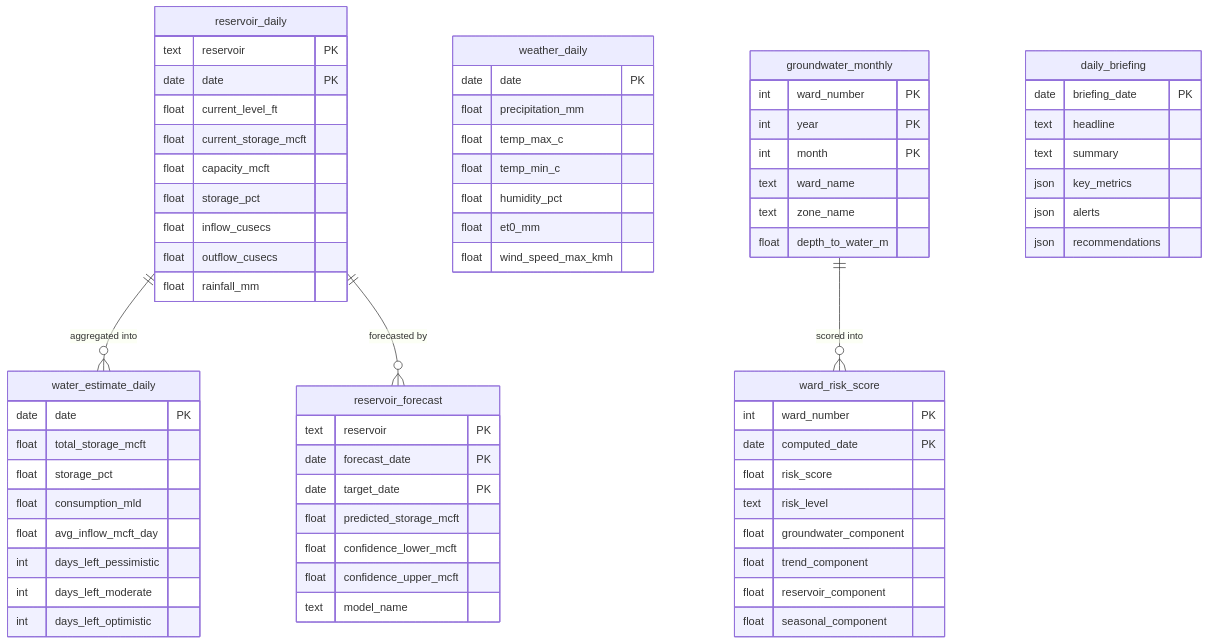
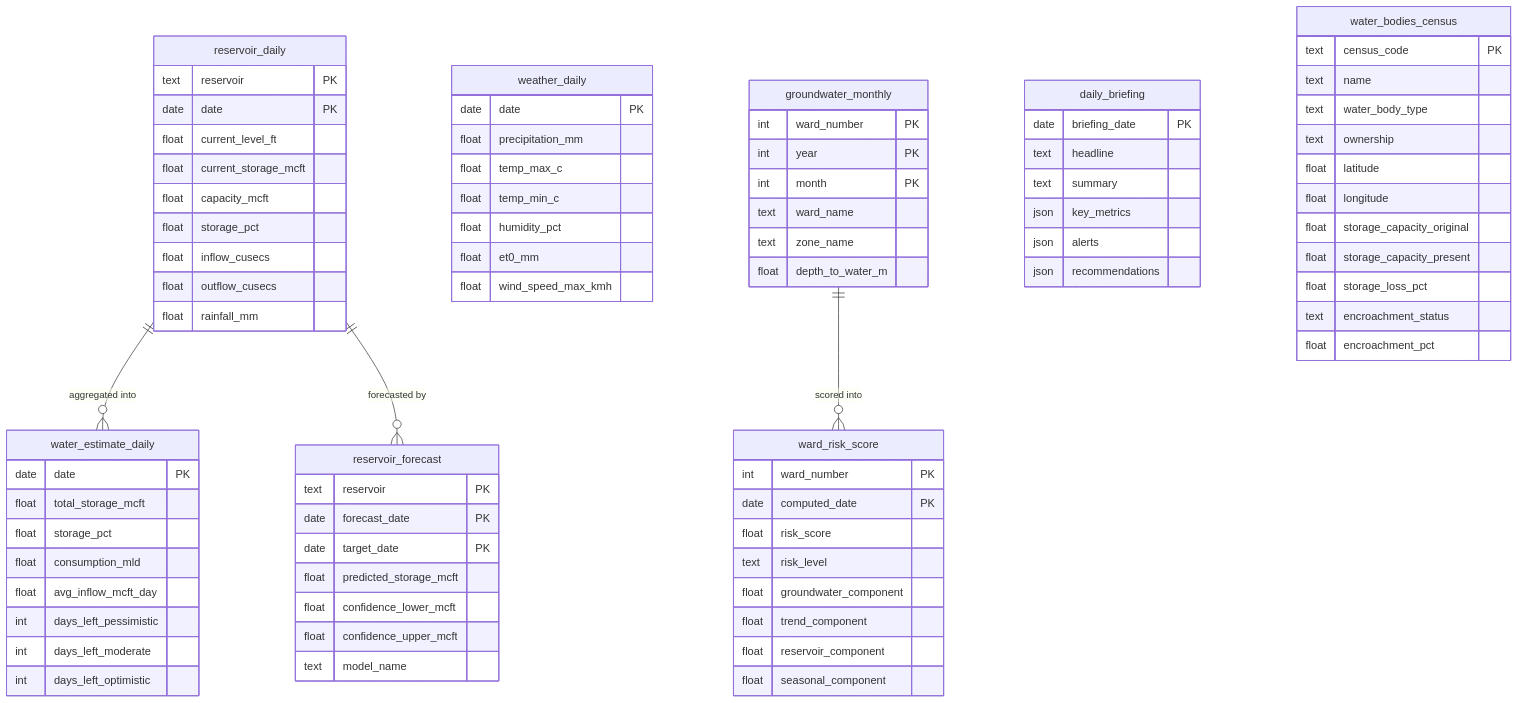
One commit to SundareshPrasanna/neer-vazhvu changed the third of 5 diagrams in ARCHITECTURE.md. Above: the diagram before and after it, drawn with Mermaid. The commit also changed other lines of this file and 18 other files, not shown here.

First line of the commit message:
feat: integrate First Census of Water Bodies with OSM polygon matching

```diff
--- a/ARCHITECTURE.md
+++ b/ARCHITECTURE.md
@@ -178,6 +179,20 @@
         json recommendations
     }
 
+    water_bodies_census {
+        text census_code PK
+        text name
+        text water_body_type
+        text ownership
+        float latitude
+        float longitude
+        float storage_capacity_original
+        float storage_capacity_present
+        float storage_loss_pct
+        text encroachment_status
+        float encroachment_pct
+    }
+
     reservoir_daily ||--o{ water_estimate_daily : "aggregated into"
     reservoir_daily ||--o{ reservoir_forecast : "forecasted by"
     groundwater_monthly ||--o{ ward_risk_score : "scored into"
```
